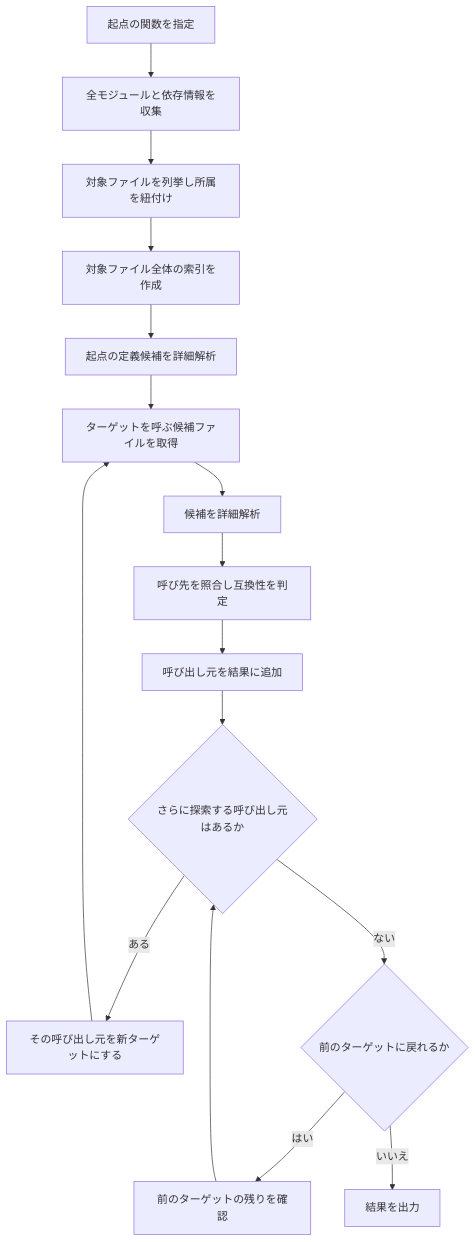
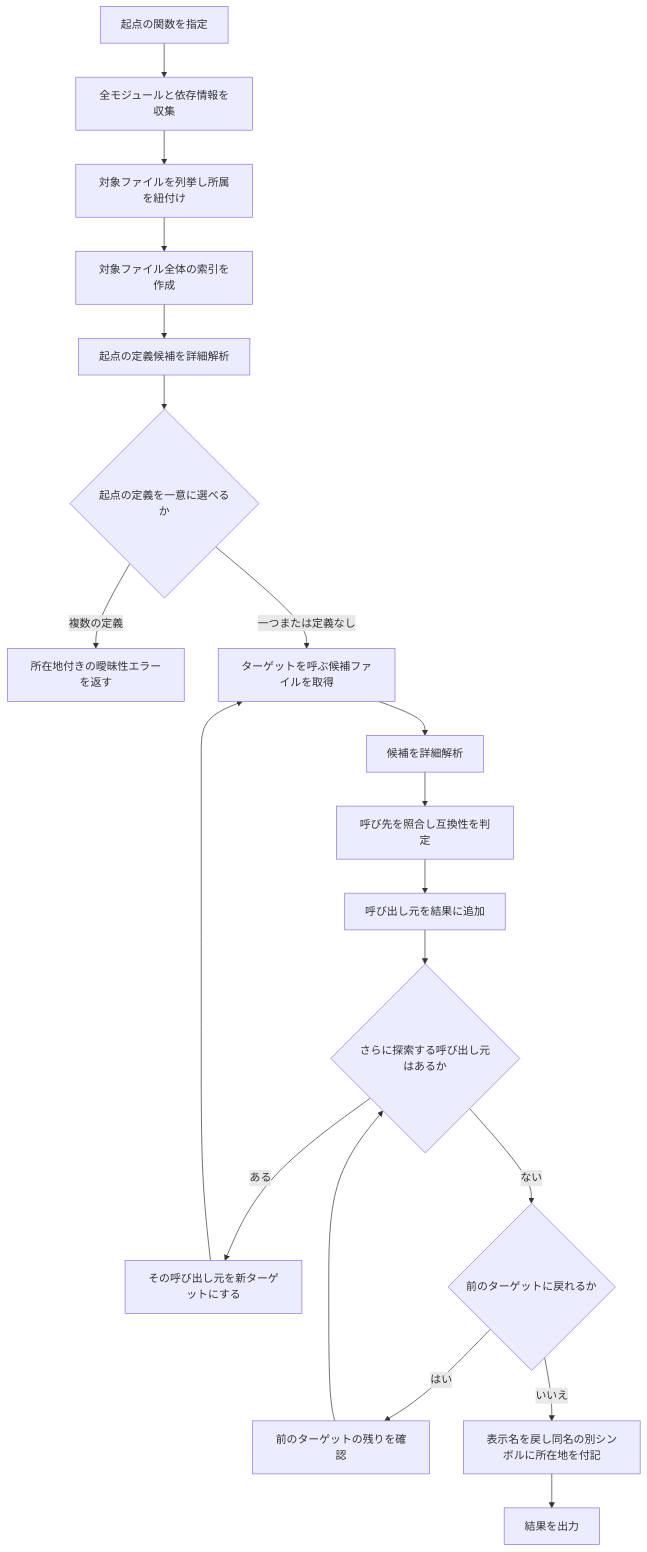
Before and after one commit to meian/rev-callgraph: the first of 3 diagrams in docs/how-it-works.md, drawn with Mermaid. The commit also changed other lines of this file and 11 other files, not shown here.

````diff
--- a/docs/how-it-works.md
+++ b/docs/how-it-works.md
@@ -25,18 +25,21 @@
 ```mermaid
 flowchart TD
     Input[起点の関数を指定] --> Modules[全モジュールと依存情報を収集]
     Modules --> Files[対象ファイルを列挙し所属を紐付け]
     Files --> Index[対象ファイル全体の索引を作成]
     Index --> Root[起点の定義候補を詳細解析]
-    Root --> Search[ターゲットを呼ぶ候補ファイルを取得]
+    Root --> Unique{起点の定義を一意に選べるか}
+    Unique -->|複数の定義| Error[所在地付きの曖昧性エラーを返す]
+    Unique -->|一つまたは定義なし| Search[ターゲットを呼ぶ候補ファイルを取得]
     Search --> Parse[候補を詳細解析]
     Parse --> Match[呼び先を照合し互換性を判定]
     Match --> Keep[呼び出し元を結果に追加]
     Keep --> Next{さらに探索する呼び出し元はあるか}
     Next -->|ある| Target[その呼び出し元を新ターゲットにする]
     Target --> Search
     Next -->|ない| Back{前のターゲットに戻れるか}
     Back -->|はい| Resume[前のターゲットの残りを確認]
     Resume --> Next
-    Back -->|いいえ| Output[結果を出力]
+    Back -->|いいえ| Display[表示名を戻し同名の別シンボルに所在地を付記]
+    Display --> Output[結果を出力]
 ```
````
